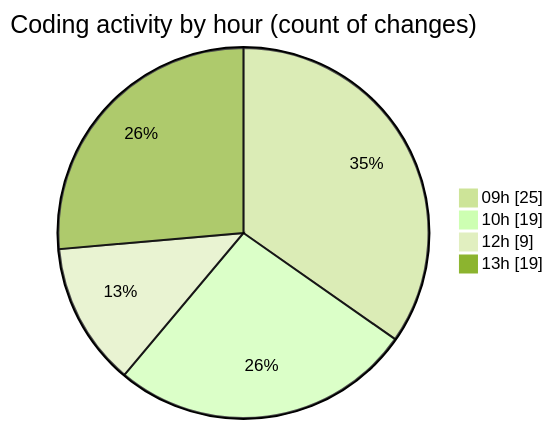
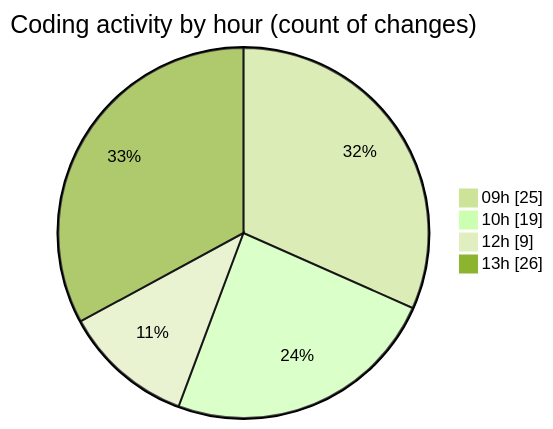
The second of 2 diagrams in 2025-08-19/cda/README.md (momahboobian/code-tracking), drawn with Mermaid (forest theme) before and after one commit. The commit also changed other lines of this file and 1 other file, not shown here.

````diff
--- a/2025-08-19/cda/README.md
+++ b/2025-08-19/cda/README.md
@@ -51,8 +52,8 @@
 ```mermaid
 pie showData
 title Coding activity by hour (count of changes)
 "09h" : 25
 "10h" : 19
 "12h" : 9
-"13h" : 19
+"13h" : 26
 ```
````
